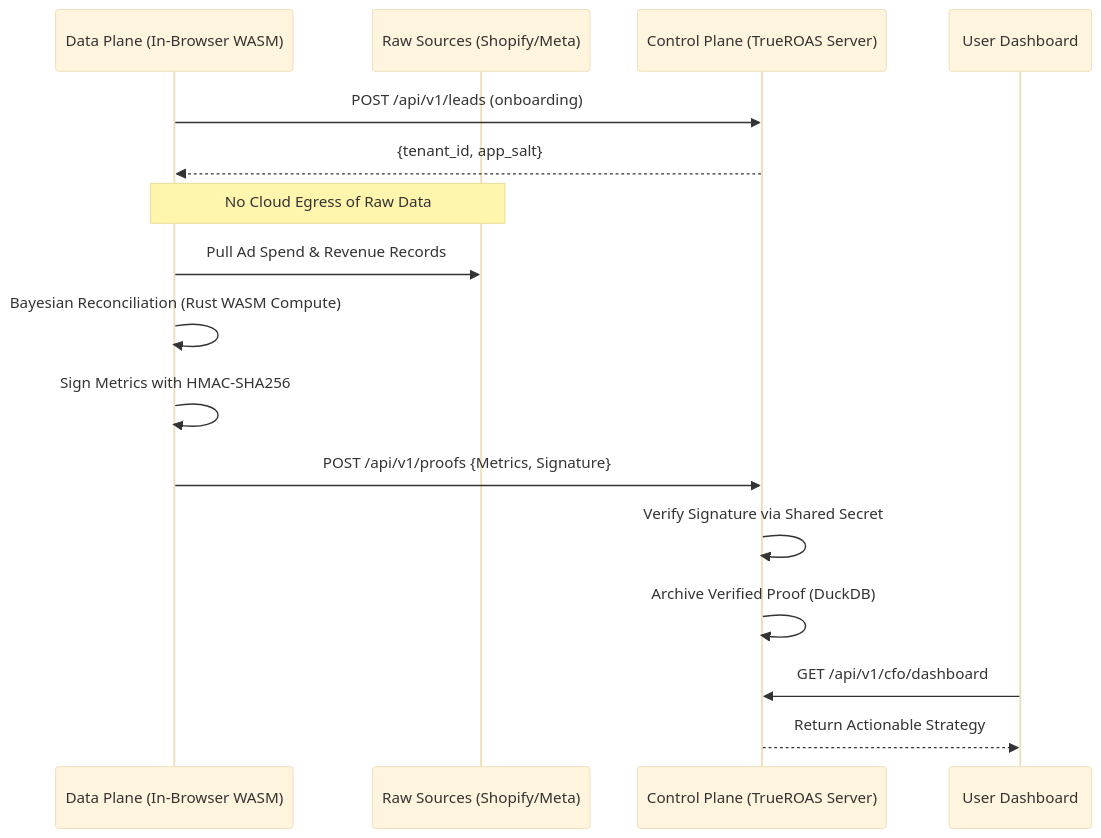
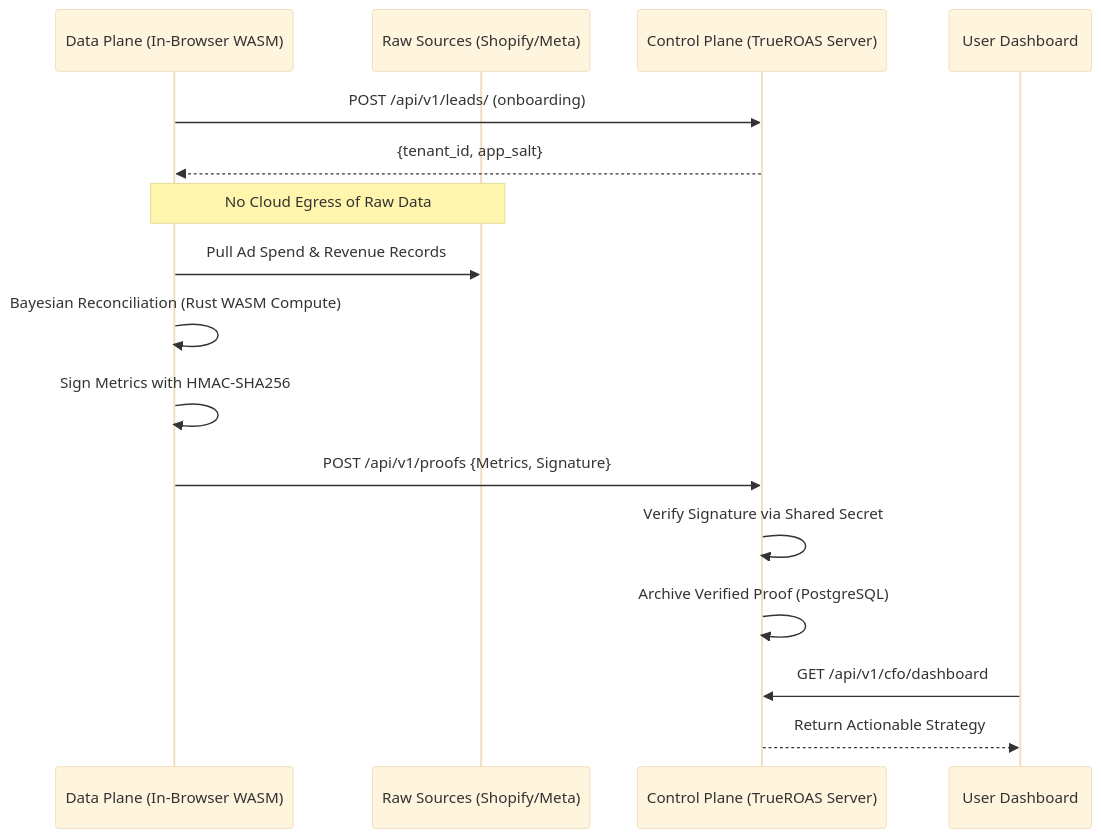
One commit to bi421/true-roas-complete changed the diagram in ARCHITECTURE.md. Above: the diagram before and after it, drawn with Mermaid (base theme). The commit also changed other lines of this file and 3 other files, not shown here.

Commit message:
docs: update release notes, architecture and deployment documentation

````diff
--- a/ARCHITECTURE.md
+++ b/ARCHITECTURE.md
@@ -11,22 +21,22 @@
 ```mermaid
 sequenceDiagram
     participant Local_Agent as Data Plane (In-Browser WASM)
     participant Raw_Data as Raw Sources (Shopify/Meta)
     participant Control_Plane as Control Plane (TrueROAS Server)
     participant Dashboard as User Dashboard
 
-    Local_Agent->>Control_Plane: POST /api/v1/leads (onboarding)
+    Local_Agent->>Control_Plane: POST /api/v1/leads/ (onboarding)
     Control_Plane-->>Local_Agent: {tenant_id, app_salt}
 
     Note over Local_Agent, Raw_Data: No Cloud Egress of Raw Data
     Local_Agent->>Raw_Data: Pull Ad Spend & Revenue Records
     Local_Agent->>Local_Agent: Bayesian Reconciliation (Rust WASM Compute)
     Local_Agent->>Local_Agent: Sign Metrics with HMAC-SHA256
-    
+
     Local_Agent->>Control_Plane: POST /api/v1/proofs {Metrics, Signature}
     Control_Plane->>Control_Plane: Verify Signature via Shared Secret
-    Control_Plane->>Control_Plane: Archive Verified Proof (DuckDB)
-    
+    Control_Plane->>Control_Plane: Archive Verified Proof (PostgreSQL)
+
     Dashboard->>Control_Plane: GET /api/v1/cfo/dashboard
     Control_Plane-->>Dashboard: Return Actionable Strategy
 ```
````
